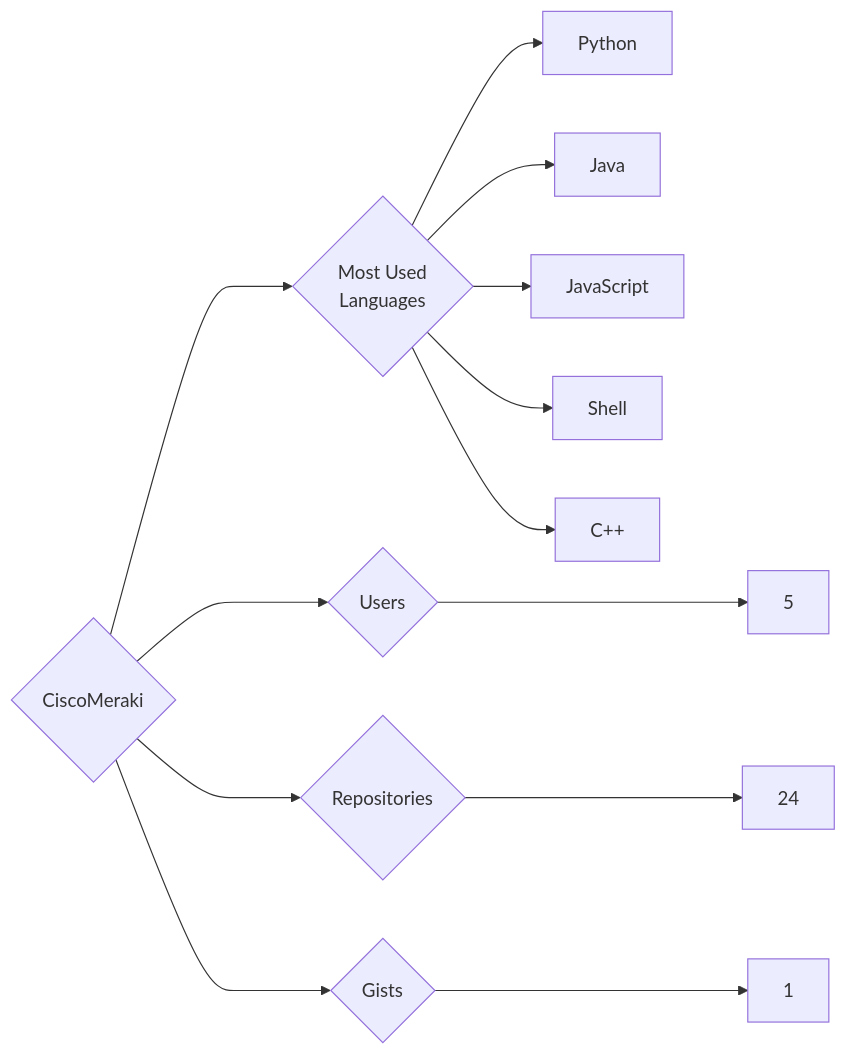
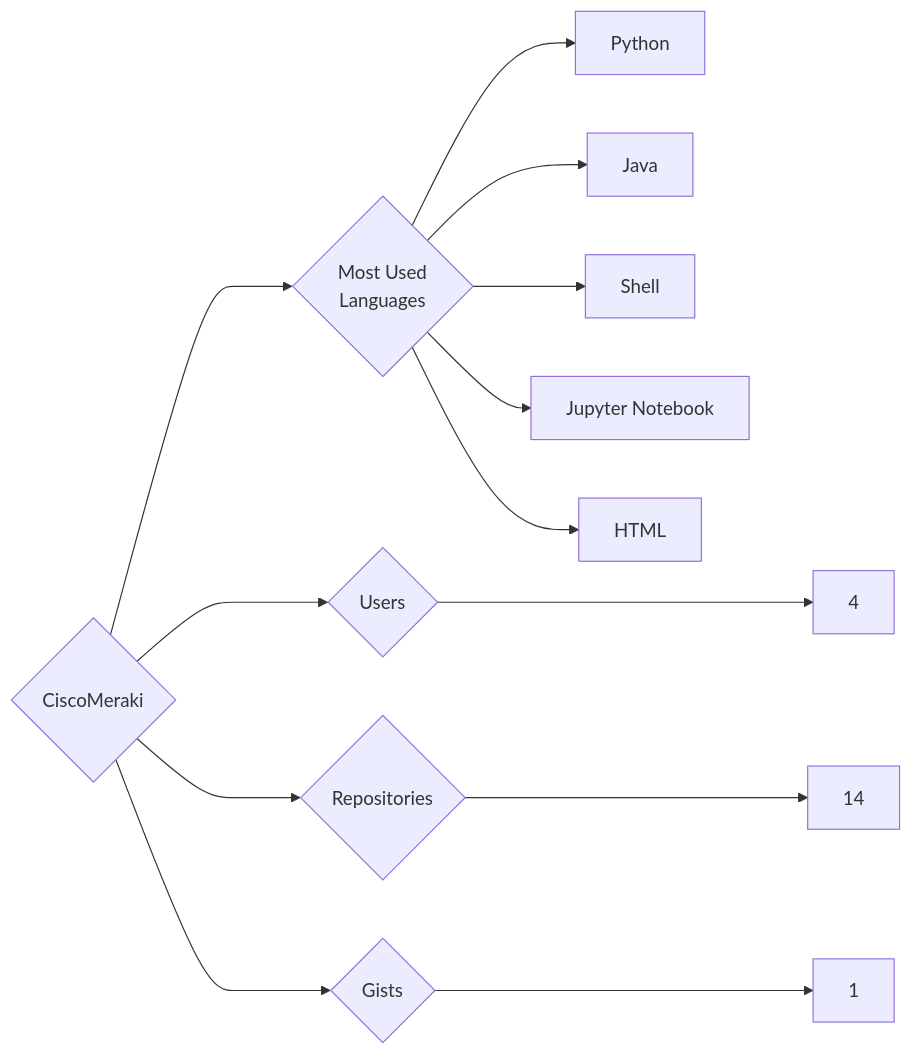
Before and after one commit to trickest/insiders: the diagram in targets/CiscoMeraki/README.md, drawn with Mermaid. The commit also changed 880 other files, not shown here.

````diff
--- a/targets/CiscoMeraki/README.md
+++ b/targets/CiscoMeraki/README.md
@@ -3,13 +3,13 @@
 ```mermaid
 graph LR
 COMPANY_NAME{CiscoMeraki}
-COMPANY_NAME ---> U{Users} ---> UN[5]
-COMPANY_NAME ---> R{Repositories} ---> RN[24]
+COMPANY_NAME ---> U{Users} ---> UN[4]
+COMPANY_NAME ---> R{Repositories} ---> RN[14]
 COMPANY_NAME ---> G{Gists} ---> GN[1]
 COMPANY_NAME ---> ML{Most Used<br>Languages}
 ML --> Python[Python]
 ML --> Java[Java]
-ML --> JavaScript[JavaScript]
 ML --> Shell[Shell]
-ML --> C++[C++]
+ML --> Jupyter_Notebook[Jupyter Notebook]
+ML --> HTML[HTML]
 ```
````
